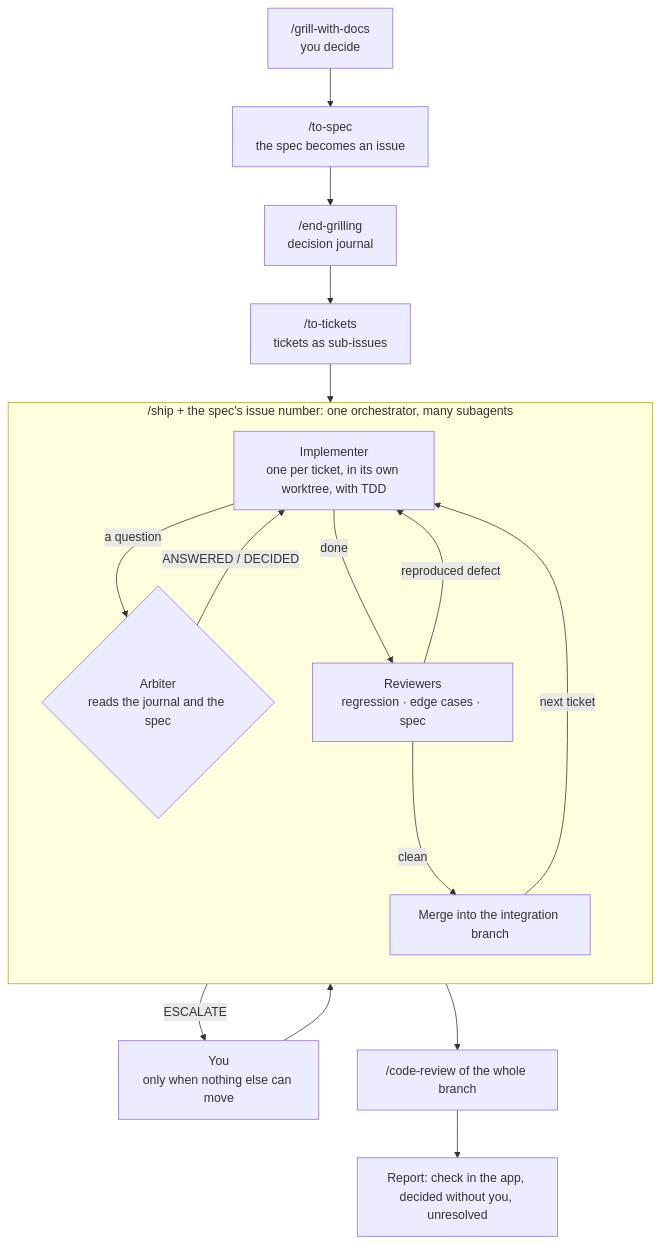
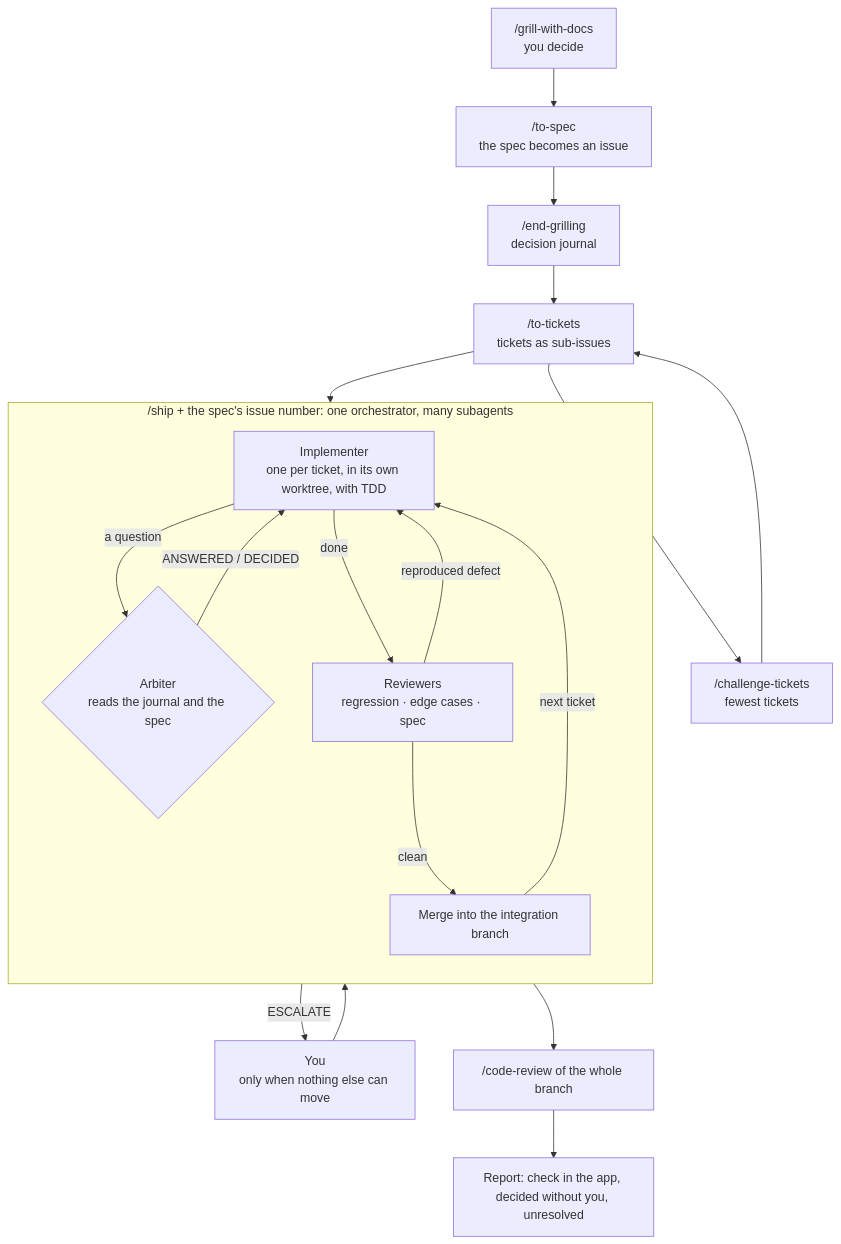
Before and after one commit to Schrubitteflau/skills: the diagram in README.md, drawn with Mermaid. The commit also changed other lines of this file and 1 other file, not shown here.

Commit message:
challenge-tickets: challenge a to-tickets draft with three reviewers, down to the fewest tickets

````diff
--- a/README.md
+++ b/README.md
@@ -21,26 +22,28 @@
 ```mermaid
 flowchart TD
     G["/grill-with-docs<br/>you decide"] --> S["/to-spec<br/>the spec becomes an issue"]
     S --> E["/end-grilling<br/>decision journal"]
     E --> T["/to-tickets<br/>tickets as sub-issues"]
+    T --> C["/challenge-tickets<br/>fewest tickets"]
+    C --> T
     T --> SHIP
 
     subgraph SHIP["/ship + the spec's issue number: one orchestrator, many subagents"]
         direction TB
         I["Implementer<br/>one per ticket, in its own worktree, with TDD"]
         A{"Arbiter<br/>reads the journal and the spec"}
         R["Reviewers<br/>regression · edge cases · spec"]
         M["Merge into the integration branch"]
         I -- "a question" --> A
         A -- "ANSWERED / DECIDED" --> I
         I -- "done" --> R
         R -- "reproduced defect" --> I
         R -- "clean" --> M
         M -- "next ticket" --> I
     end
 
     A -- "ESCALATE" --> H["You<br/>only when nothing else can move"]
     H --> A
     SHIP --> RV["/code-review of the whole branch"]
     RV --> RP["Report: check in the app, decided without you, unresolved"]
 ```
````
